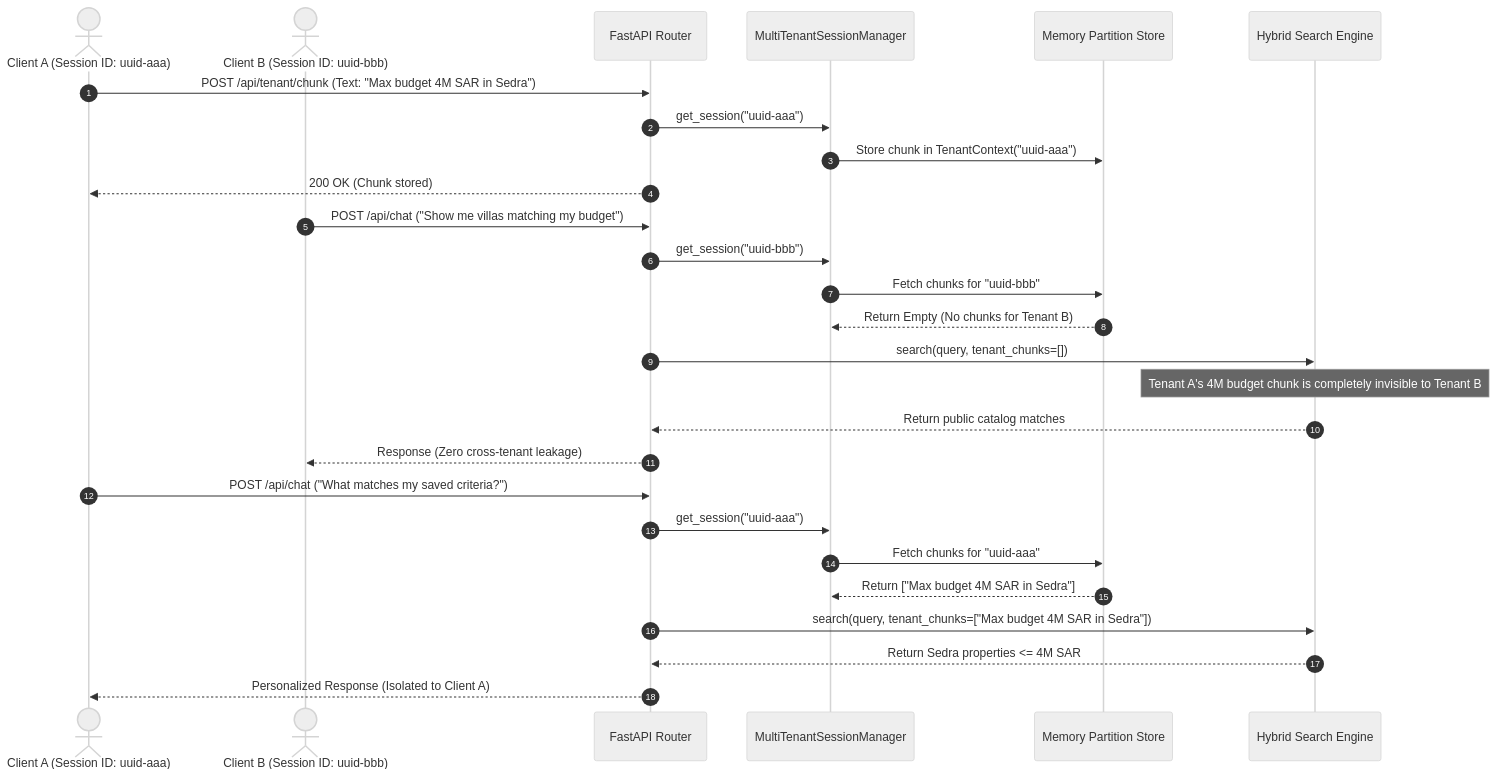
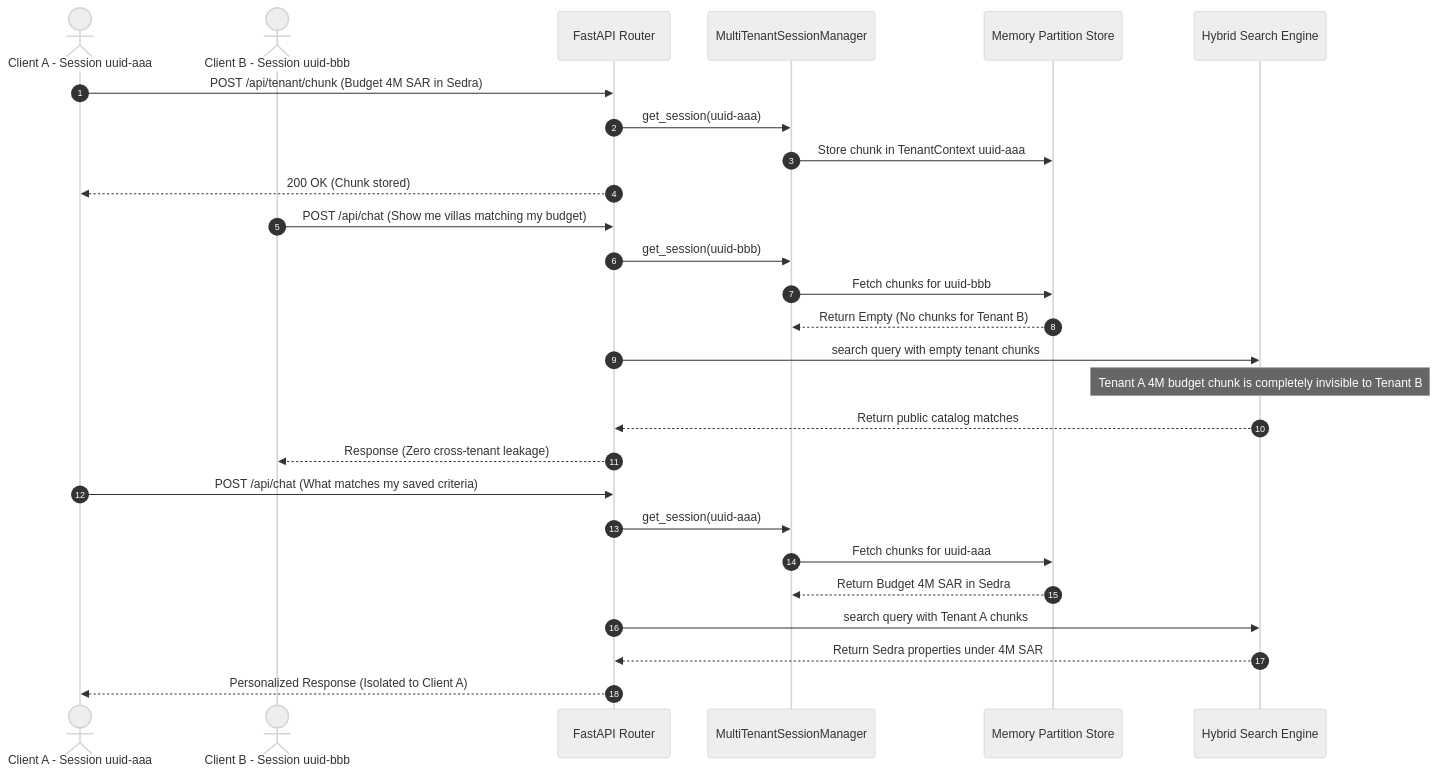
One commit to jackyToras/darglobal-ai changed the third of 6 diagrams in DESIGN.md. Above: the diagram before and after it, drawn with Mermaid (neutral theme). The commit also changed other lines of this file, not shown here.

Commit message:
sanitize Mermaid diagram labels and characters for seamless GitHub markdown rendering

````diff
--- a/DESIGN.md
+++ b/DESIGN.md
@@ -100,32 +107,32 @@
 ```mermaid
 sequenceDiagram
     autonumber
-    actor TenantA as Client A (Session ID: uuid-aaa)
-    actor TenantB as Client B (Session ID: uuid-bbb)
+    actor TenantA as Client A - Session uuid-aaa
+    actor TenantB as Client B - Session uuid-bbb
     participant Gateway as FastAPI Router
     participant SessionMgr as MultiTenantSessionManager
     participant TenantMem as Memory Partition Store
     participant HybridSearch as Hybrid Search Engine
 
-    TenantA->>Gateway: POST /api/tenant/chunk (Text: "Max budget 4M SAR in Sedra")
-    Gateway->>SessionMgr: get_session("uuid-aaa")
-    SessionMgr->>TenantMem: Store chunk in TenantContext("uuid-aaa")
+    TenantA->>Gateway: POST /api/tenant/chunk (Budget 4M SAR in Sedra)
+    Gateway->>SessionMgr: get_session(uuid-aaa)
+    SessionMgr->>TenantMem: Store chunk in TenantContext uuid-aaa
     Gateway-->>TenantA: 200 OK (Chunk stored)
 
-    TenantB->>Gateway: POST /api/chat ("Show me villas matching my budget")
-    Gateway->>SessionMgr: get_session("uuid-bbb")
-    SessionMgr->>TenantMem: Fetch chunks for "uuid-bbb"
+    TenantB->>Gateway: POST /api/chat (Show me villas matching my budget)
+    Gateway->>SessionMgr: get_session(uuid-bbb)
+    SessionMgr->>TenantMem: Fetch chunks for uuid-bbb
     TenantMem-->>SessionMgr: Return Empty (No chunks for Tenant B)
-    Gateway->>HybridSearch: search(query, tenant_chunks=[])
-    Note over HybridSearch: Tenant A's 4M budget chunk is completely invisible to Tenant B
+    Gateway->>HybridSearch: search query with empty tenant chunks
+    Note over HybridSearch: Tenant A 4M budget chunk is completely invisible to Tenant B
     HybridSearch-->>Gateway: Return public catalog matches
     Gateway-->>TenantB: Response (Zero cross-tenant leakage)
 
-    TenantA->>Gateway: POST /api/chat ("What matches my saved criteria?")
-    Gateway->>SessionMgr: get_session("uuid-aaa")
-    SessionMgr->>TenantMem: Fetch chunks for "uuid-aaa"
-    TenantMem-->>SessionMgr: Return ["Max budget 4M SAR in Sedra"]
-    Gateway->>HybridSearch: search(query, tenant_chunks=["Max budget 4M SAR in Sedra"])
-    HybridSearch-->>Gateway: Return Sedra properties <= 4M SAR
+    TenantA->>Gateway: POST /api/chat (What matches my saved criteria)
+    Gateway->>SessionMgr: get_session(uuid-aaa)
+    SessionMgr->>TenantMem: Fetch chunks for uuid-aaa
+    TenantMem-->>SessionMgr: Return Budget 4M SAR in Sedra
+    Gateway->>HybridSearch: search query with Tenant A chunks
+    HybridSearch-->>Gateway: Return Sedra properties under 4M SAR
     Gateway-->>TenantA: Personalized Response (Isolated to Client A)
 ```
````
